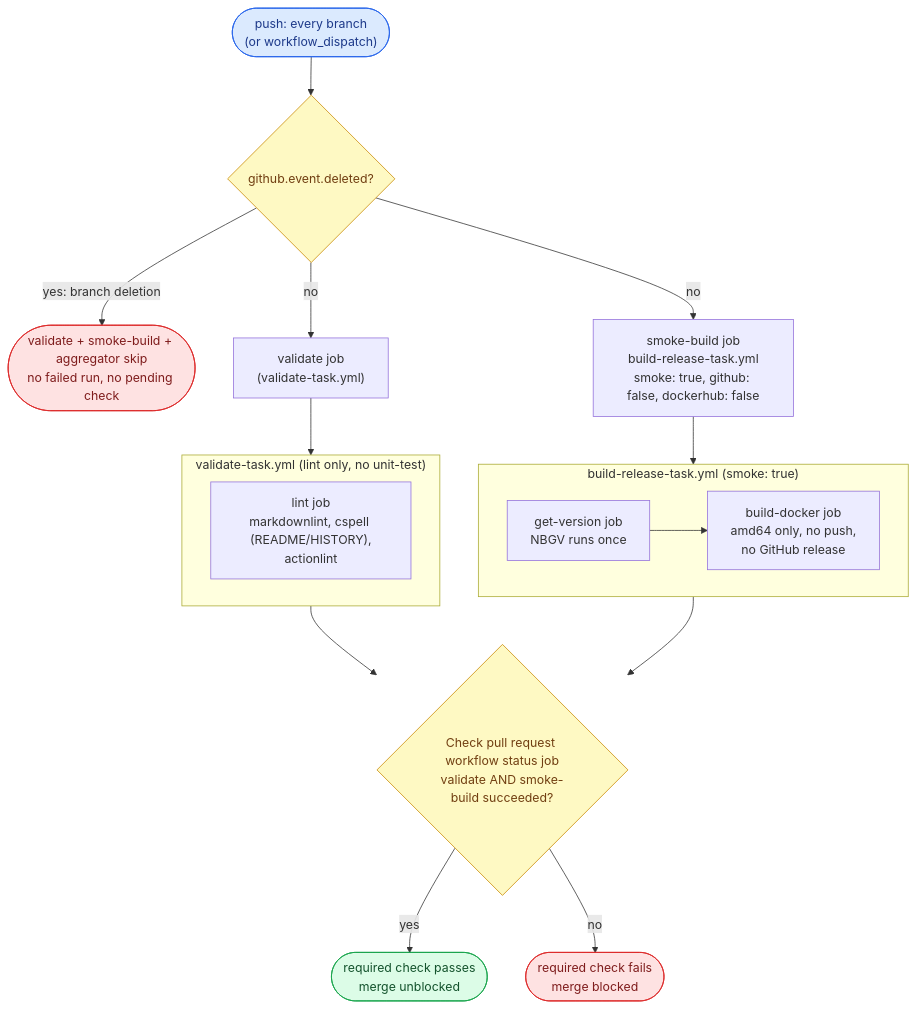
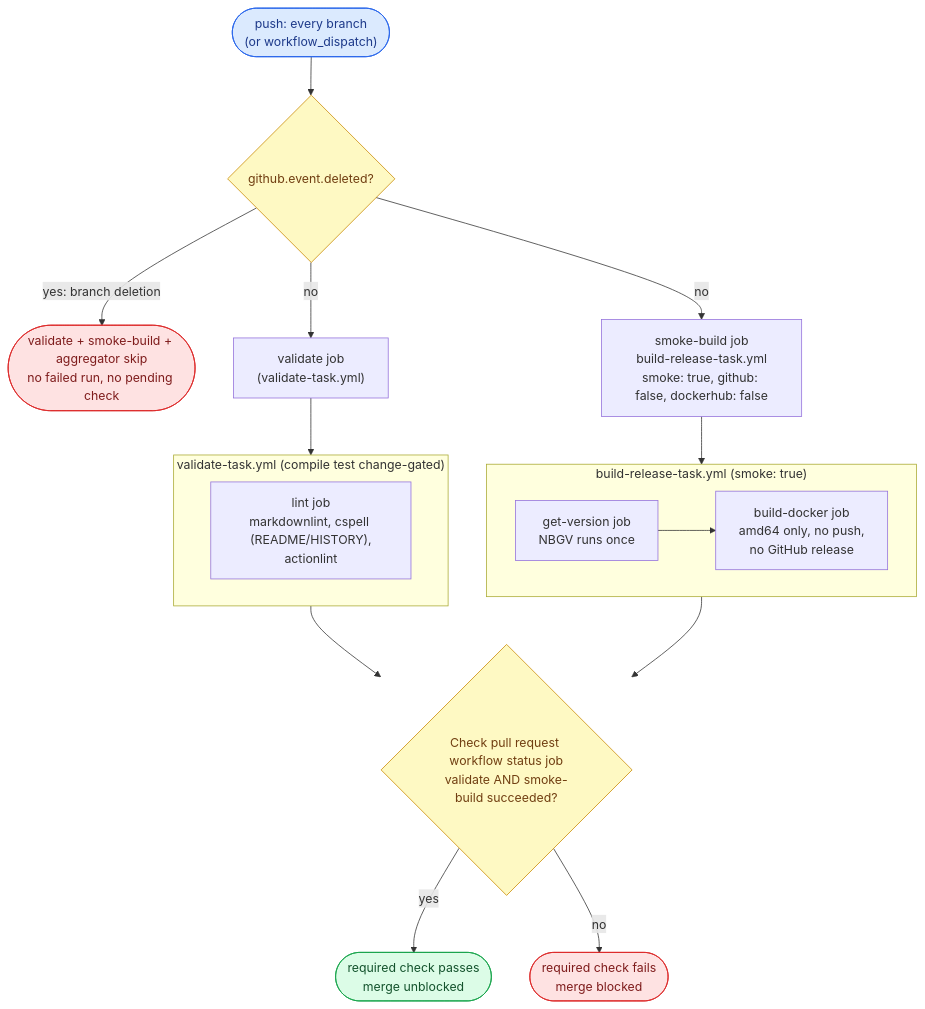
The first of 4 diagrams in WORKFLOW.md (ptr727/ESPHome-NonRoot), drawn with Mermaid before and after one commit. The commit also changed other lines of this file and 17 other files, not shown here.

````diff
--- a/WORKFLOW.md
+++ b/WORKFLOW.md
@@ -226,25 +295,25 @@
 ```mermaid
 flowchart TD
     T(["push: every branch<br/>(or workflow_dispatch)"]):::trig
     T --> D{"github.event.deleted?"}:::gate
     D -- "yes: branch deletion" --> X(["validate + smoke-build + aggregator skip<br/>no failed run, no pending check"]):::stop
     D -- "no" --> V["validate job<br/>(validate-task.yml)"]
     D -- "no" --> S["smoke-build job<br/>build-release-task.yml<br/>smoke: true, github: false, dockerhub: false"]
-    subgraph VT ["validate-task.yml (lint only, no unit-test)"]
+    subgraph VT ["validate-task.yml (compile test change-gated)"]
         L["lint job<br/>markdownlint, cspell (README/HISTORY),<br/>actionlint"]
     end
     V --> VT
     subgraph SBT ["build-release-task.yml (smoke: true)"]
         SV["get-version job<br/>NBGV runs once"] --> SB["build-docker job<br/>amd64 only, no push,<br/>no GitHub release"]
     end
     S --> SBT
     VT --> A
     SBT --> A
     A{"Check pull request workflow status job<br/>validate AND smoke-build succeeded?"}:::gate
     A -- "yes" --> G(["required check passes<br/>merge unblocked"]):::pub
     A -- "no" --> R(["required check fails<br/>merge blocked"]):::stop
     classDef trig fill:#dbeafe,stroke:#2563eb,color:#1e3a8a
     classDef gate fill:#fef9c3,stroke:#ca8a04,color:#713f12
     classDef pub fill:#dcfce7,stroke:#16a34a,color:#14532d
     classDef stop fill:#fee2e2,stroke:#dc2626,color:#7f1d1d
 ```
````
